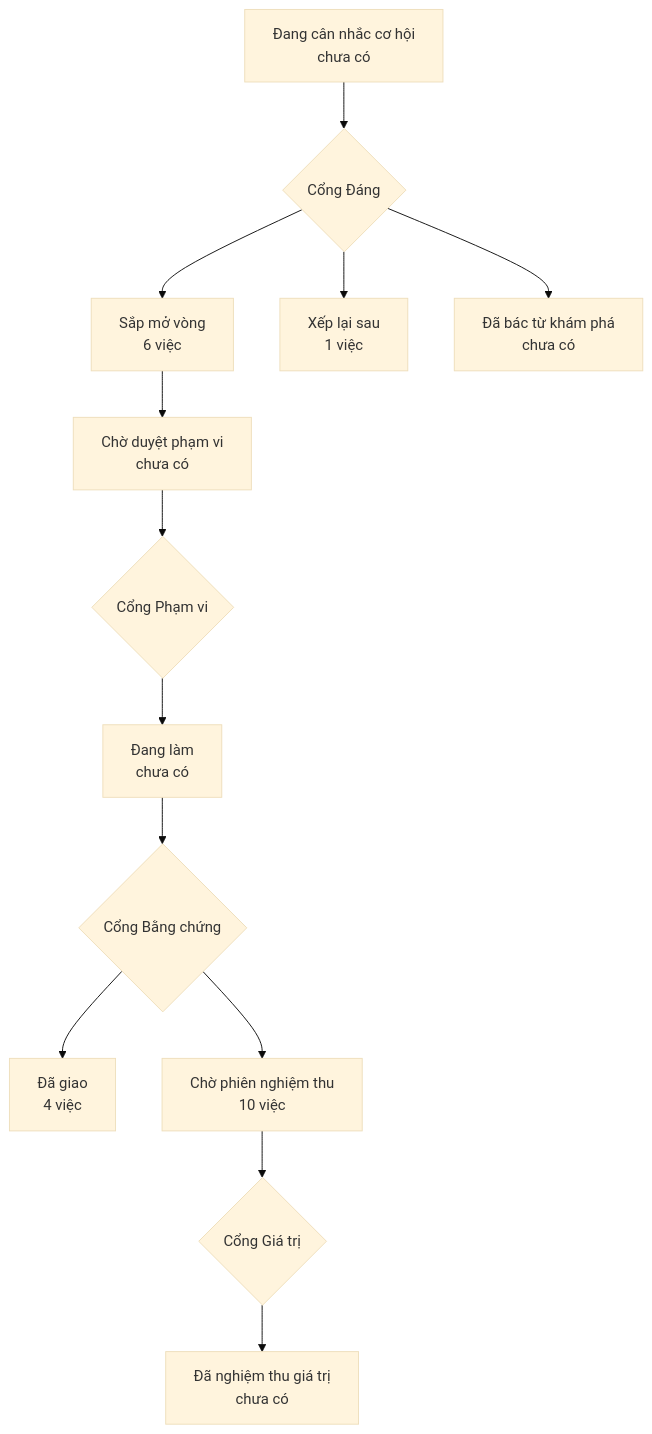
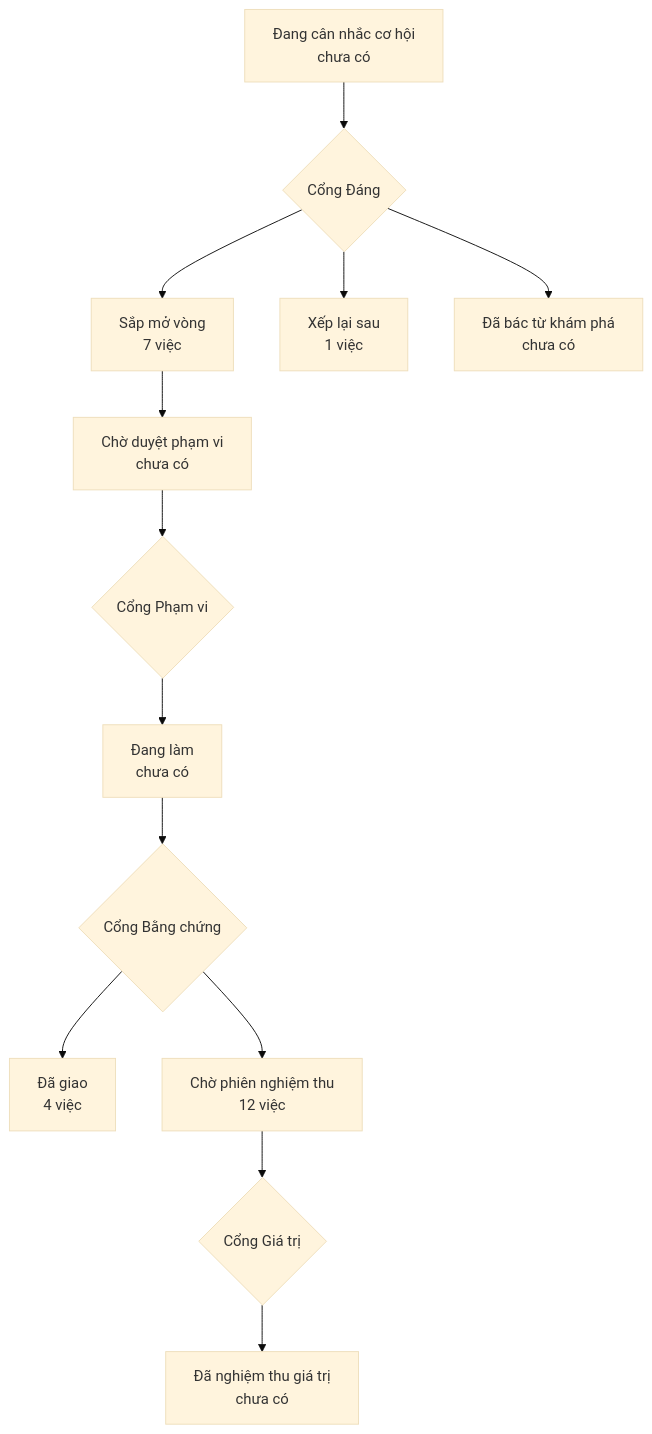
One commit to phanlemanh/onehub-quy-hang changed the diagram in PRODUCT-MAP.md. Above: the diagram before and after it, drawn with Mermaid (base theme). The commit also changed other lines of this file and 1 other file, not shown here.

Commit message:
chore(product-map): vẽ lại sau khi gộp main (PR #25)

````diff
--- a/PRODUCT-MAP.md
+++ b/PRODUCT-MAP.md
@@ -7,12 +7,12 @@
 ```mermaid
 flowchart TD
   A["Đang cân nhắc cơ hội<br/>chưa có"] --> GD{"Cổng Đáng"}
-  GD --> B["Sắp mở vòng<br/>6 việc"]
+  GD --> B["Sắp mở vòng<br/>7 việc"]
   GD --> XL["Xếp lại sau<br/>1 việc"]
   GD --> DB["Đã bác từ khám phá<br/>chưa có"]
   B --> CD["Chờ duyệt phạm vi<br/>chưa có"] --> GP{"Cổng Phạm vi"}
   GP --> DL["Đang làm<br/>chưa có"] --> GB{"Cổng Bằng chứng"}
   GB --> DG["Đã giao<br/>4 việc"]
-  GB --> CN["Chờ phiên nghiệm thu<br/>10 việc"] --> GG{"Cổng Giá trị"}
+  GB --> CN["Chờ phiên nghiệm thu<br/>12 việc"] --> GG{"Cổng Giá trị"}
   GG --> NT["Đã nghiệm thu giá trị<br/>chưa có"]
 ```
````
